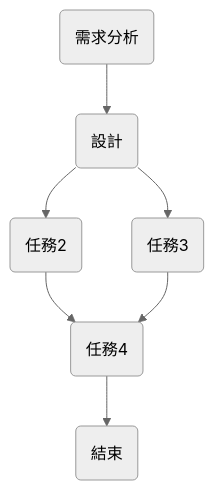
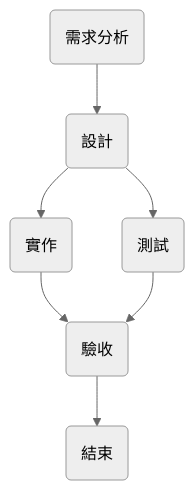
The second of 2 diagrams in README.md (gino2066/-), drawn with Mermaid (neutral theme) before and after one commit.

````diff
--- a/README.md
+++ b/README.md
@@ -24,9 +24,9 @@
 ```mermaid
 graph TD
     A(需求分析) --> B(設計)
-    B --> C(任務2)
-    B --> D(任務3)
-    C --> E(任務4)
+    B --> C(實作)
+    B --> D(測試)
+    C --> E(驗收)
     D --> E
     E --> F(結束)
 ```
````
